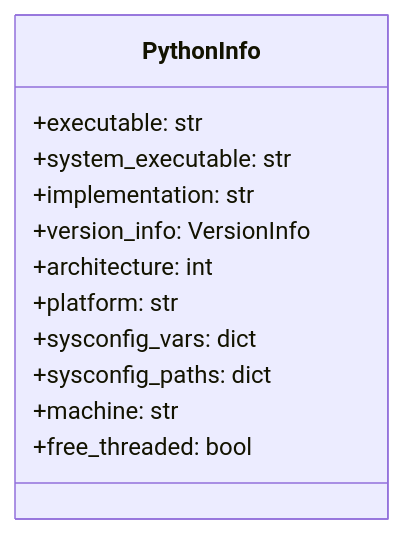
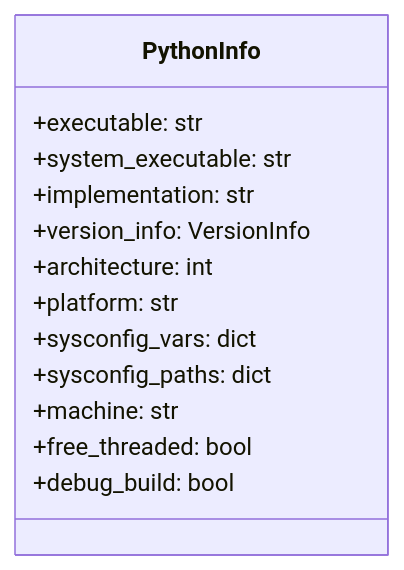
Before and after one commit to tox-dev/python-discovery: the second of 3 diagrams in docs/how-to/standalone-usage.rst, drawn with Mermaid. The commit also changed other lines of this file and 8 other files, not shown here.

```diff
--- a/docs/how-to/standalone-usage.rst
+++ b/docs/how-to/standalone-usage.rst
@@ -124,15 +143,16 @@
 .. mermaid::
 
     classDiagram
         class PythonInfo {
             +executable: str
             +system_executable: str
             +implementation: str
             +version_info: VersionInfo
             +architecture: int
             +platform: str
             +sysconfig_vars: dict
             +sysconfig_paths: dict
             +machine: str
             +free_threaded: bool
+            +debug_build: bool
         }
```
